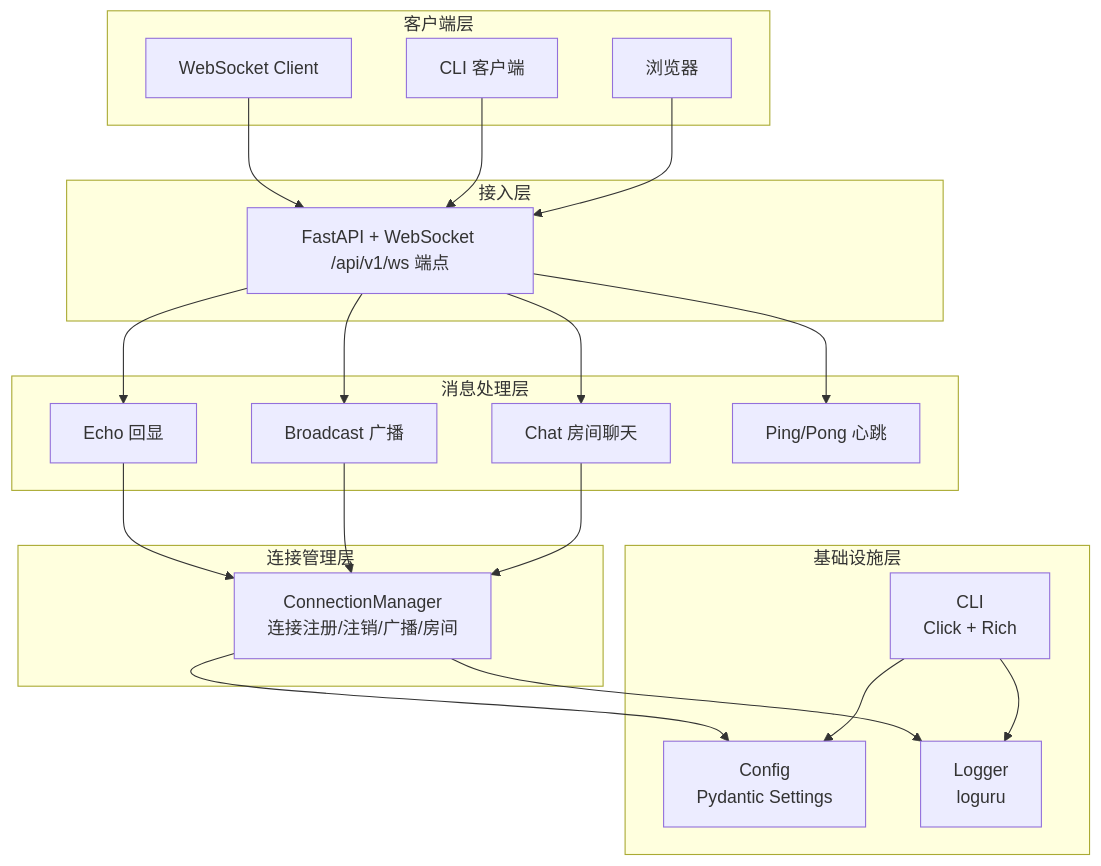
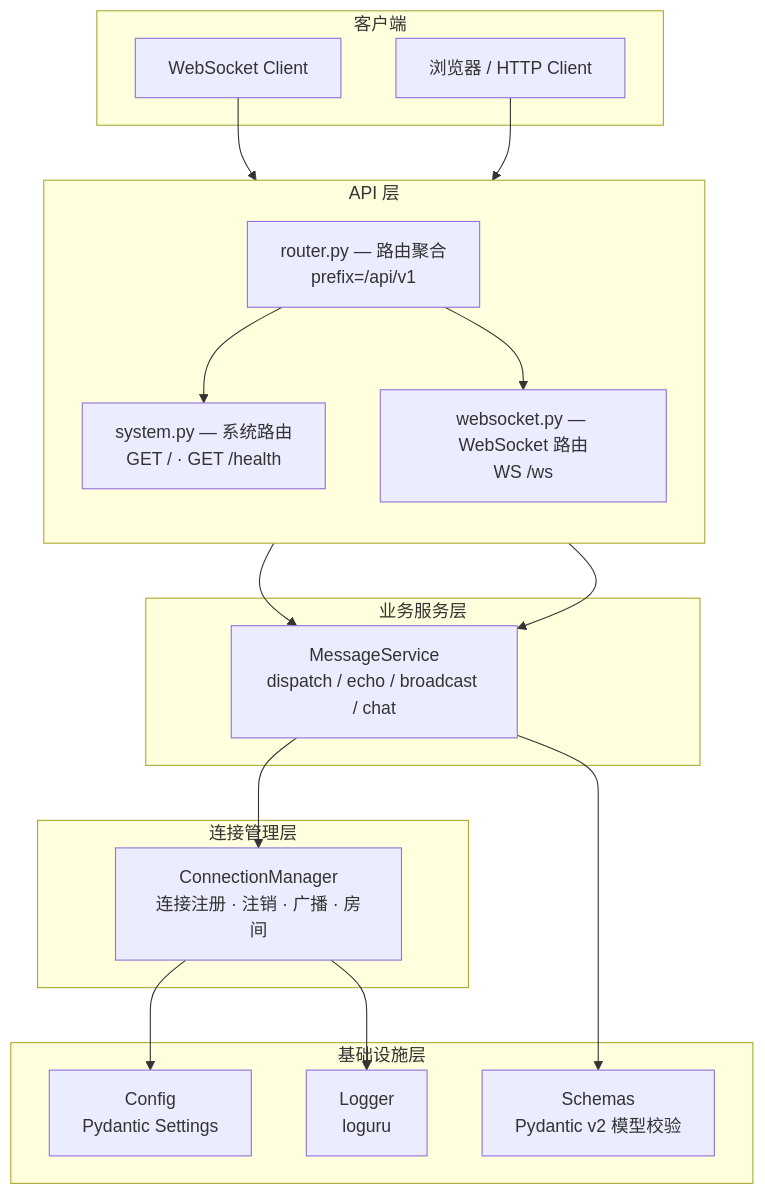
One commit to cross-lang/x-HanChuan changed the first of 3 diagrams in README.md. Above: the diagram before and after it, drawn with Mermaid. The commit also changed other lines of this file and 9 other files, not shown here.

````diff
--- a/README.md
+++ b/README.md
@@ -60,44 +72,39 @@
 ```mermaid
 graph TB
-    subgraph 客户端层
+    subgraph 客户端
         C1[WebSocket Client]
-        C2[CLI 客户端]
-        C3[浏览器]
+        C3[浏览器 / HTTP Client]
     end
 
-    subgraph 接入层
-        GW[FastAPI + WebSocket /api/v1/ws 端点]
+    subgraph API 层
+        direction TB
+        R[router.py — 路由聚合<br/>prefix=/api/v1]
+        S[system.py — 系统路由<br/>GET / · GET /health]
+        W[websocket.py — WebSocket 路由<br/>WS /ws]
     end
 
-    subgraph 消息处理层
-        ECHO[Echo 回显]
-        BROADCAST[Broadcast 广播]
-        CHAT[Chat 房间聊天]
-        PING[Ping/Pong 心跳]
+    subgraph 业务服务层
+        MS[MessageService<br/>dispatch / echo / broadcast / chat]
     end
 
     subgraph 连接管理层
-        CM[ConnectionManager<br/>连接注册/注销/广播/房间]
+        CM[ConnectionManager<br/>连接注册 · 注销 · 广播 · 房间]
     end
 
     subgraph 基础设施层
         CFG[Config<br/>Pydantic Settings]
         LOG[Logger<br/>loguru]
-        CLI_MOD[CLI<br/>Click + Rich]
+        SCH[Schemas<br/>Pydantic v2 模型校验]
     end
 
-    C1 --> GW
-    C2 --> GW
-    C3 --> GW
-    GW --> ECHO
-    GW --> BROADCAST
-    GW --> CHAT
-    GW --> PING
-    ECHO --> CM
-    BROADCAST --> CM
-    CHAT --> CM
+    C1 --> W
+    C3 --> S
+    R --> S
+    R --> W
+    W --> MS
+    S --> MS
+    MS --> CM
+    MS --> SCH
     CM --> CFG
     CM --> LOG
-    CLI_MOD --> CFG
-    CLI_MOD --> LOG
 ```
````
